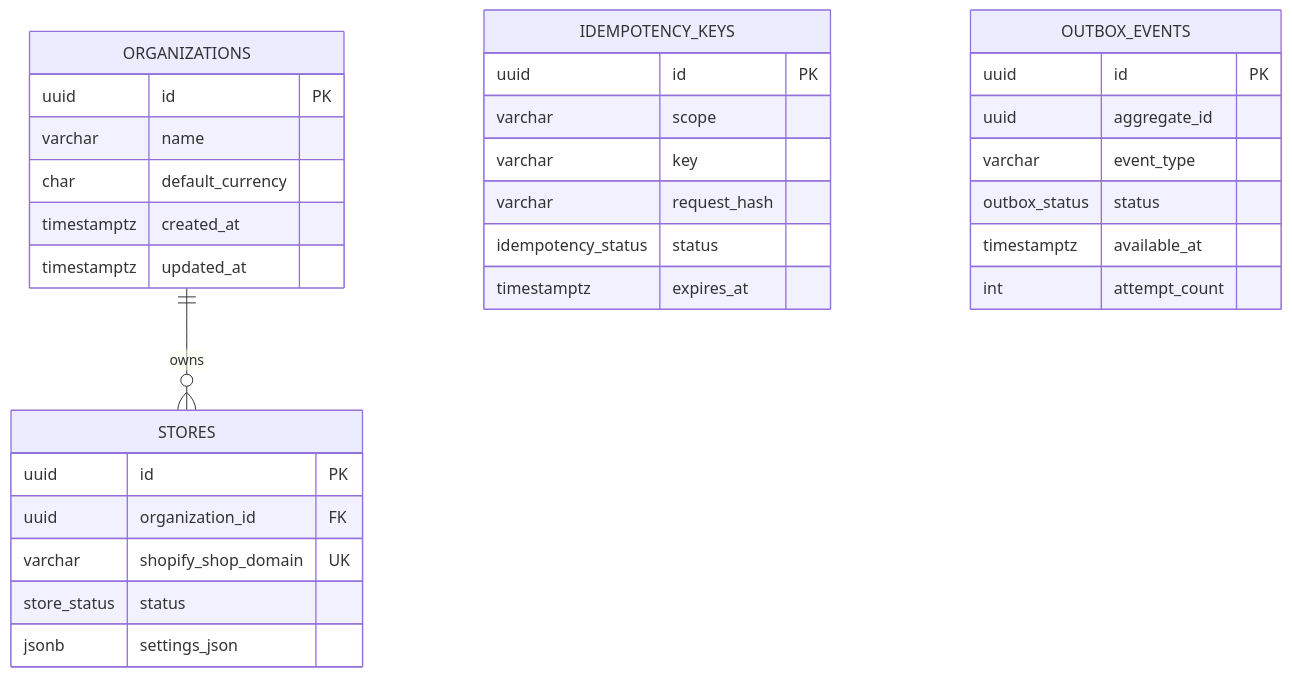
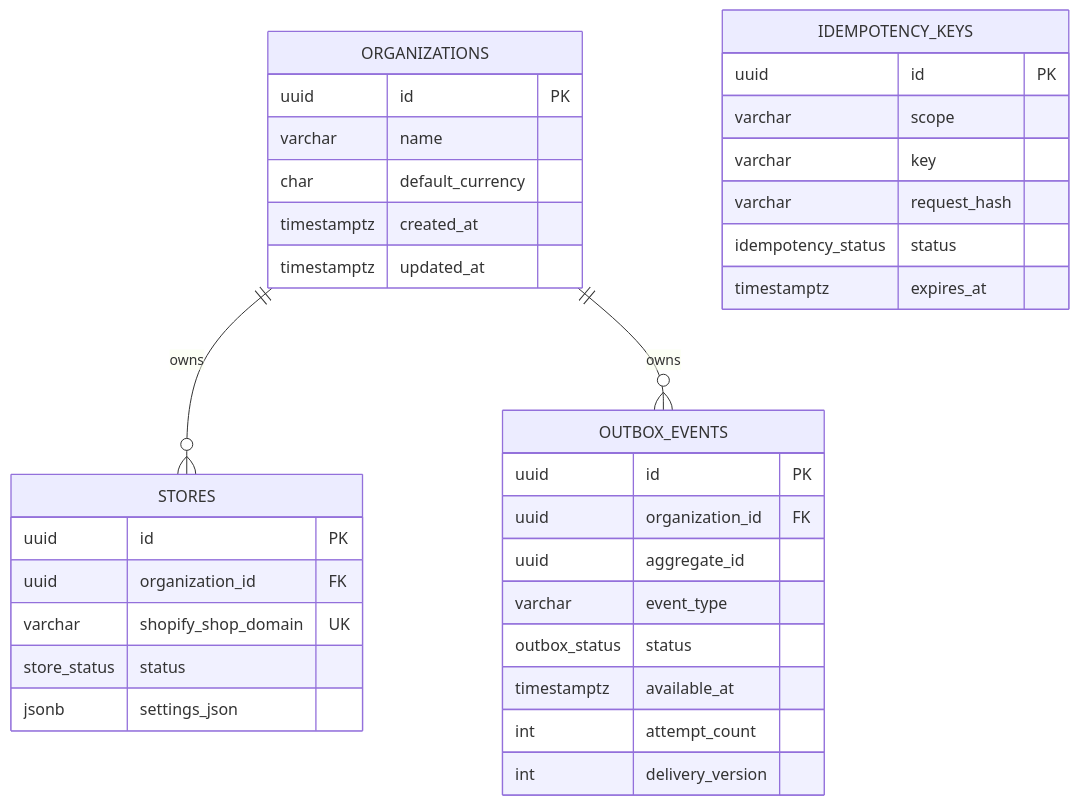
Before and after one commit to Proyectokolectivo1/automatizacion-shopify: the diagram in docs/architecture/database-foundation.md, drawn with Mermaid. The commit also changed 47 other files, not shown here.

````diff
--- a/docs/architecture/database-foundation.md
+++ b/docs/architecture/database-foundation.md
@@ -3,34 +3,37 @@
 ```mermaid
 erDiagram
     ORGANIZATIONS ||--o{ STORES : owns
+    ORGANIZATIONS ||--o{ OUTBOX_EVENTS : owns
     ORGANIZATIONS {
       uuid id PK
       varchar name
       char default_currency
       timestamptz created_at
       timestamptz updated_at
     }
     STORES {
       uuid id PK
       uuid organization_id FK
       varchar shopify_shop_domain UK
       store_status status
       jsonb settings_json
     }
     IDEMPOTENCY_KEYS {
       uuid id PK
       varchar scope
       varchar key
       varchar request_hash
       idempotency_status status
       timestamptz expires_at
     }
     OUTBOX_EVENTS {
       uuid id PK
+      uuid organization_id FK
       uuid aggregate_id
       varchar event_type
       outbox_status status
       timestamptz available_at
       int attempt_count
+      int delivery_version
     }
 ```
````
